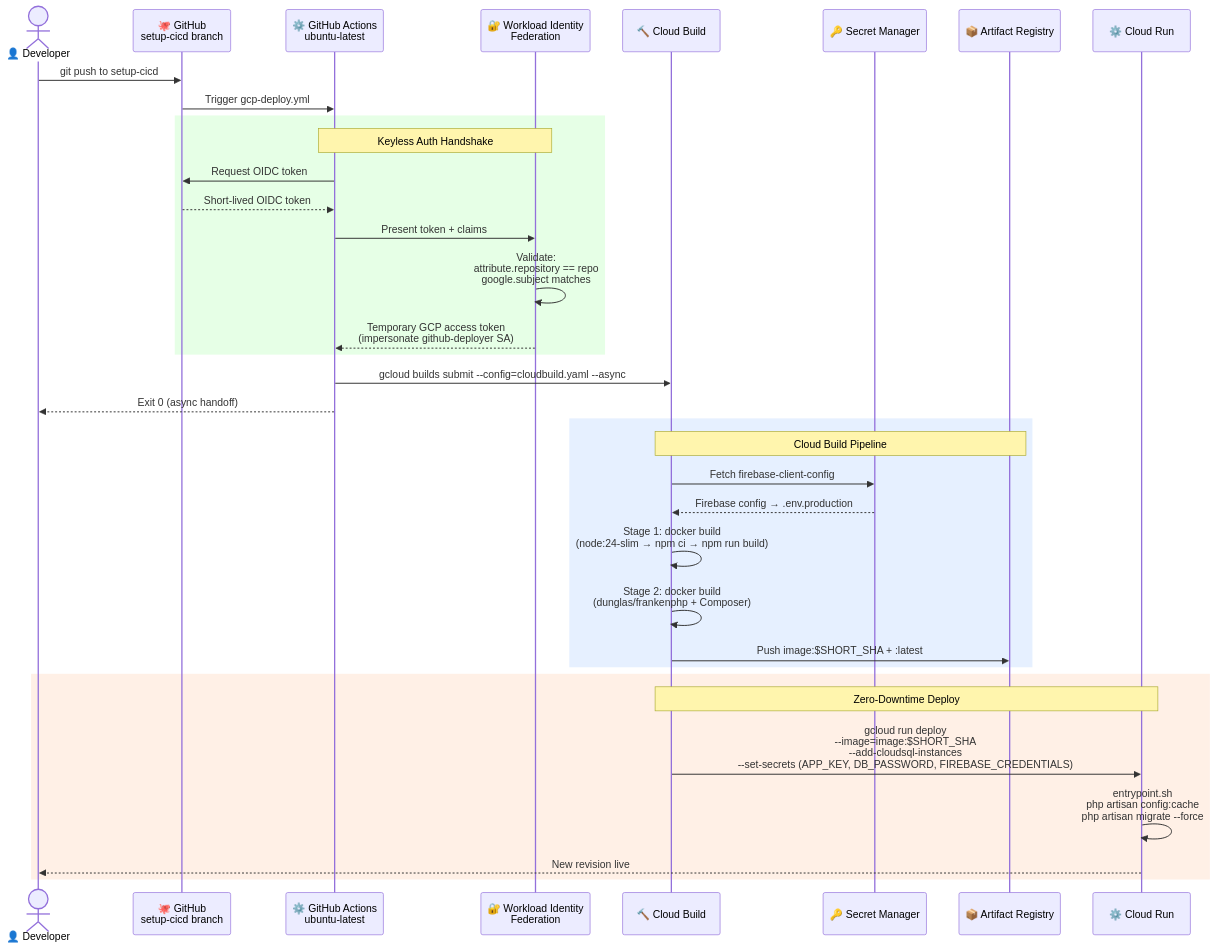
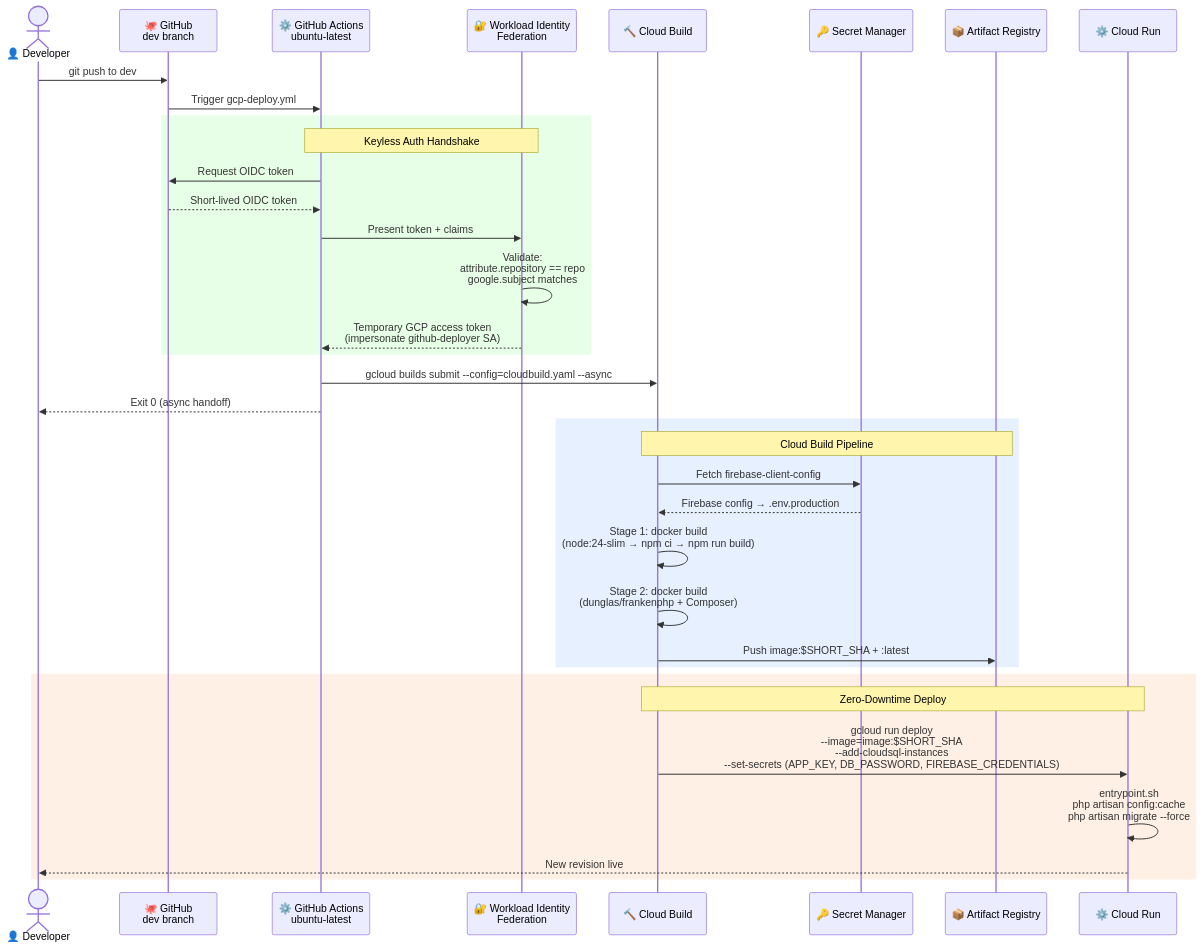
The first of 3 diagrams in docs/cicd-pipeline.md (titorpw/Manajemen-Gudang-Cloud), drawn with Mermaid before and after one commit. The commit also changed other lines of this file and 1 other file, not shown here.

Commit message:
fix: mermaid docs

````diff
--- a/docs/cicd-pipeline.md
+++ b/docs/cicd-pipeline.md
@@ -5,42 +5,42 @@
 ```mermaid
 sequenceDiagram
     actor Dev as 👤 Developer
-    participant GH as 🐙 GitHub<br/>setup-cicd branch
+    participant GH as 🐙 GitHub<br/>dev branch
     participant GHA as ⚙️ GitHub Actions<br/>ubuntu-latest
     participant WIF as 🔐 Workload Identity<br/>Federation
     participant CB as 🔨 Cloud Build
     participant SM as 🔑 Secret Manager
     participant AR as 📦 Artifact Registry
     participant CR as ⚙️ Cloud Run
 
-    Dev->>GH: git push to setup-cicd
+    Dev->>GH: git push to dev
     GH->>GHA: Trigger gcp-deploy.yml
 
     rect rgb(230, 255, 230)
         Note over GHA,WIF: Keyless Auth Handshake
         GHA->>GH: Request OIDC token
         GH-->>GHA: Short-lived OIDC token
         GHA->>WIF: Present token + claims
         WIF->>WIF: Validate:<br/>attribute.repository == repo<br/>google.subject matches
         WIF-->>GHA: Temporary GCP access token<br/>(impersonate github-deployer SA)
     end
 
     GHA->>CB: gcloud builds submit --config=cloudbuild.yaml --async
     GHA-->>Dev: Exit 0 (async handoff)
 
     rect rgb(230, 240, 255)
         Note over CB,AR: Cloud Build Pipeline
         CB->>SM: Fetch firebase-client-config
         SM-->>CB: Firebase config → .env.production
         CB->>CB: Stage 1: docker build<br/>(node:24-slim → npm ci → npm run build)
         CB->>CB: Stage 2: docker build<br/>(dunglas/frankenphp + Composer)
         CB->>AR: Push image:$SHORT_SHA + :latest
     end
 
     rect rgb(255, 240, 230)
         Note over CB,CR: Zero-Downtime Deploy
         CB->>CR: gcloud run deploy<br/>--image=image:$SHORT_SHA<br/>--add-cloudsql-instances<br/>--set-secrets (APP_KEY, DB_PASSWORD, FIREBASE_CREDENTIALS)
         CR->>CR: entrypoint.sh<br/>php artisan config:cache<br/>php artisan migrate --force
         CR-->>Dev: New revision live
     end
 ```
````
